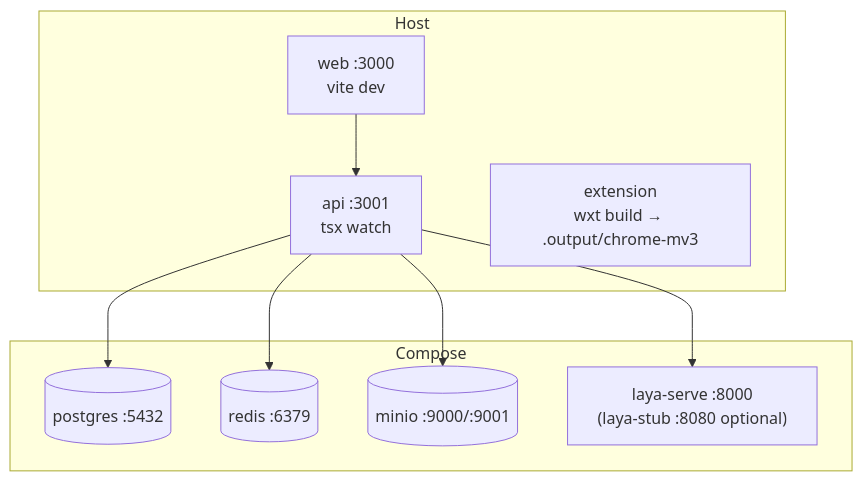
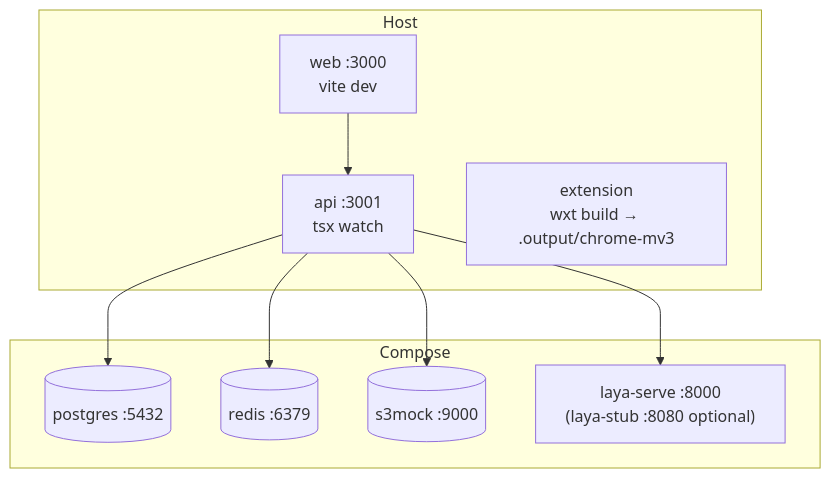
The second of 6 diagrams in ARCHITECTURE.md (BurningFlamesss/meantime), drawn with Mermaid before and after one commit. The commit also changed other lines of this file and 16 other files, not shown here.

````diff
--- a/ARCHITECTURE.md
+++ b/ARCHITECTURE.md
@@ -119,19 +119,19 @@
 ```mermaid
 flowchart TB
   subgraph Host
     WEBDEV["web :3000<br/>vite dev"]
     APIDEV["api :3001<br/>tsx watch"]
     EXT["extension<br/>wxt build → .output/chrome-mv3"]
   end
   subgraph Compose
     PG[("postgres :5432")]
     RD[("redis :6379")]
-    MINIO[("minio :9000/:9001")]
+    S3[("s3mock :9000")]
     LAYA["laya-serve :8000<br/>(laya-stub :8080 optional)"]
   end
   WEBDEV --> APIDEV
   APIDEV --> PG
   APIDEV --> RD
-  APIDEV --> MINIO
+  APIDEV --> S3
   APIDEV --> LAYA
 ```
````
